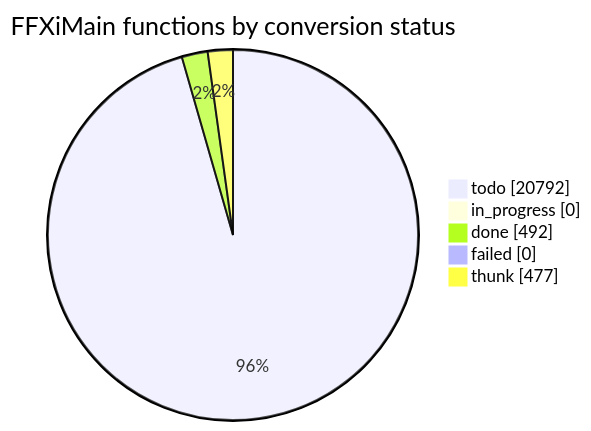
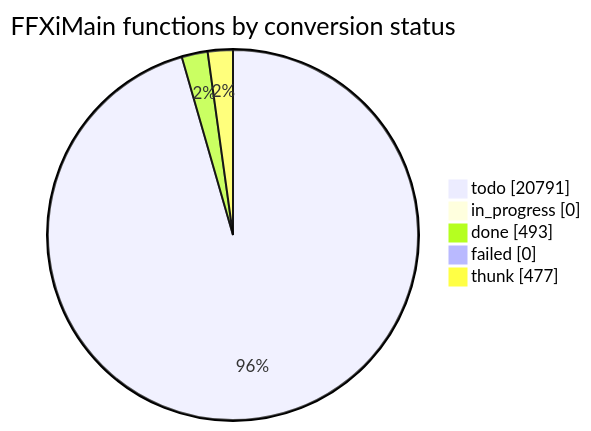
The diagram in docs/cow/STATUS.md (cowrevenge/cow_kuluu_xi_anything), drawn with Mermaid before and after one commit. The commit also changed other lines of this file and 9 other files, not shown here.

````diff
--- a/docs/cow/STATUS.md
+++ b/docs/cow/STATUS.md
@@ -18,9 +18,9 @@
 ```mermaid
 pie showData
     title FFXiMain functions by conversion status
-    "todo" : 20792
+    "todo" : 20791
     "in_progress" : 0
-    "done" : 492
+    "done" : 493
     "failed" : 0
     "thunk" : 477
 ```
````
